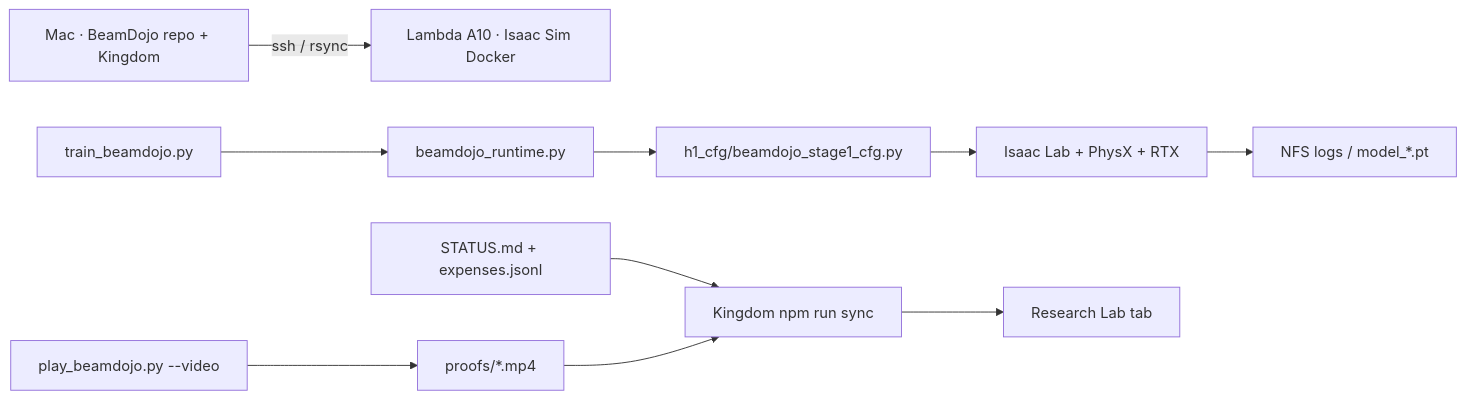
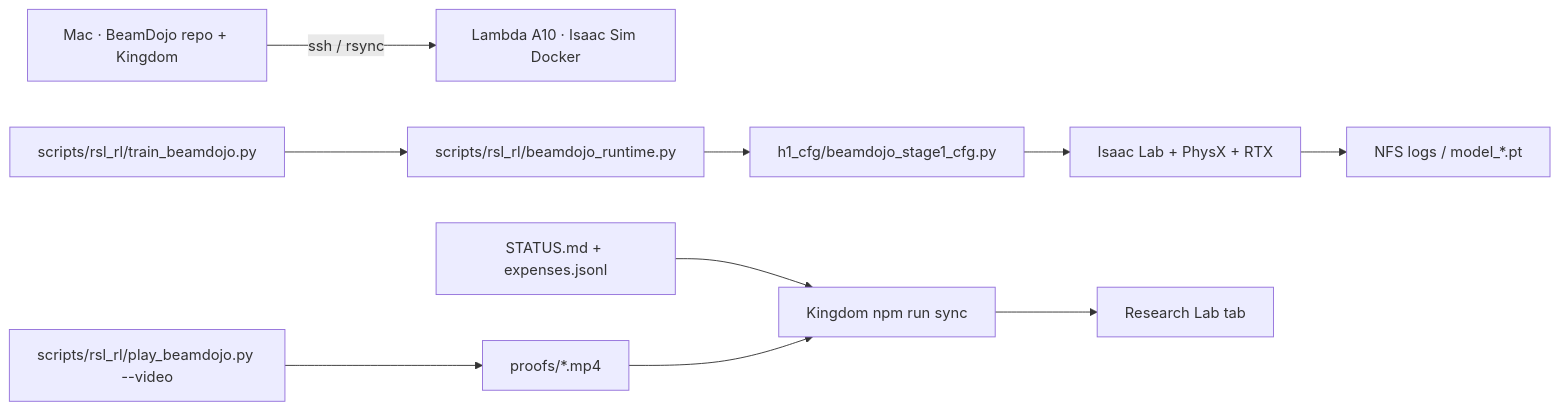
Before and after one commit to navinash47/avinashs-kingdom: the diagram in brain/wiki/architecture/beamdojo.md, drawn with Mermaid. The commit also changed 6 other files, not shown here.

First line of the commit message:
Show BeamDojo file graph and proof clips on the Research Lab tab.

````diff
--- a/brain/wiki/architecture/beamdojo.md
+++ b/brain/wiki/architecture/beamdojo.md
@@ -13,12 +13,12 @@
 ```mermaid
 flowchart LR
   Mac["Mac · BeamDojo repo + Kingdom"] -->|ssh / rsync| GPU["Lambda A10 · Isaac Sim Docker"]
-  Train["train_beamdojo.py"] --> Runtime["beamdojo_runtime.py"]
+  Train["scripts/rsl_rl/train_beamdojo.py"] --> Runtime["scripts/rsl_rl/beamdojo_runtime.py"]
   Runtime --> Cfg["h1_cfg/beamdojo_stage1_cfg.py"]
   Cfg --> Isaac["Isaac Lab + PhysX + RTX"]
   Isaac --> NFS["NFS logs / model_*.pt"]
-  Play["play_beamdojo.py --video"] --> Proofs["proofs/*.mp4"]
+  Play["scripts/rsl_rl/play_beamdojo.py --video"] --> Proofs["proofs/*.mp4"]
   STATUS["STATUS.md + expenses.jsonl"] --> Sync["Kingdom npm run sync"]
   Proofs --> Sync
   Sync --> Lab["Research Lab tab"]
 ```
````
